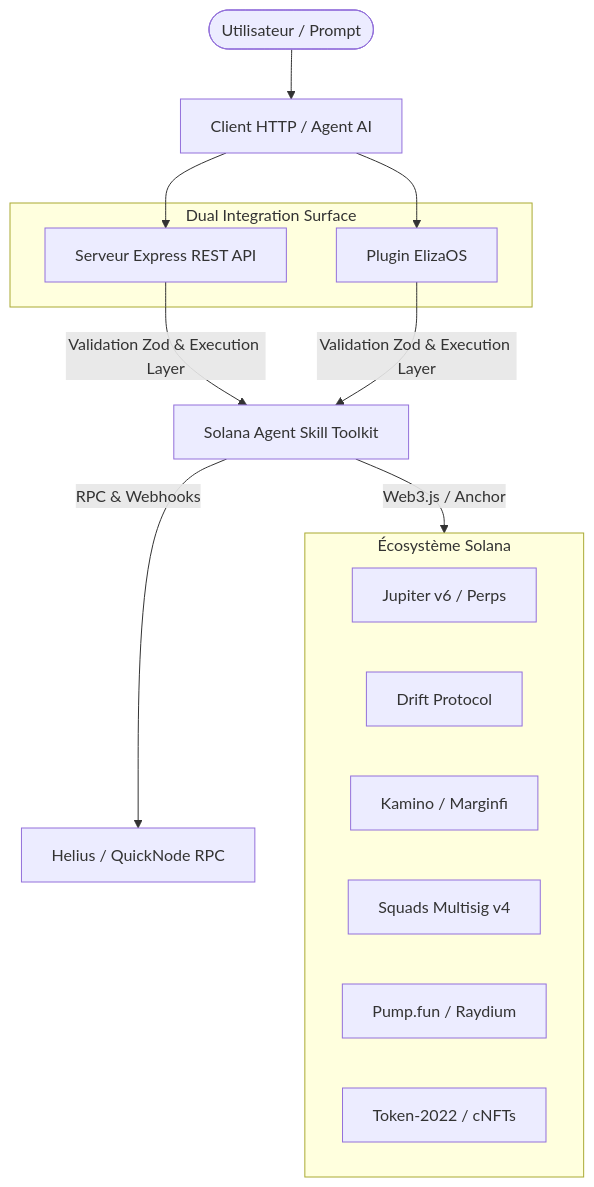
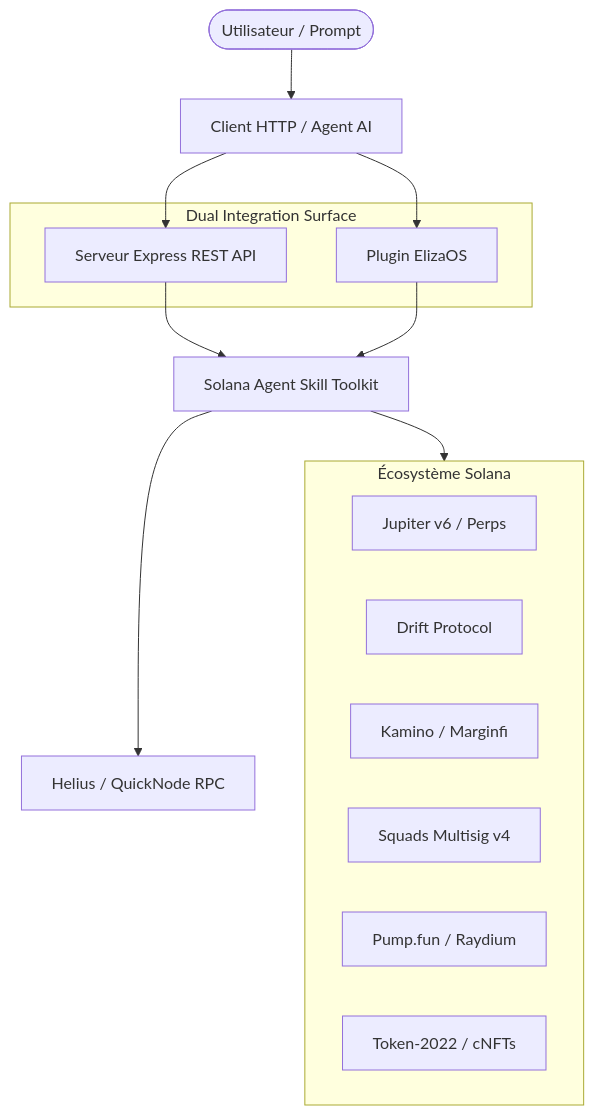
Before and after one commit to languillemax/solana-agent-skill: the diagram in README.md, drawn with Mermaid. The commit also changed other lines of this file and 1 other file, not shown here.

Commit message:
docs: separation hermetique README/SUBMISSION, annotation validate elizaos et clarification RPC

````diff
--- a/README.md
+++ b/README.md
@@ -9,20 +9,22 @@
 ```mermaid
 graph TD
     User([Utilisateur / Prompt]) --> Client[Client HTTP / Agent AI]
     subgraph Dual Surface[Dual Integration Surface]
         Express[Serveur Express REST API]
         Eliza[Plugin ElizaOS]
     end
-    Client --> Express & Eliza
-    Express & Eliza -->|Validation Zod & Execution Layer| Skill[Solana Agent Skill Toolkit]
-    Skill -->|Web3.js / Anchor| Protocols
+    Client --> Express
+    Client --> Eliza
+    Express --> Skill[Solana Agent Skill Toolkit]
+    Eliza --> Skill
+    Skill --> Protocols
     subgraph Protocols[Écosystème Solana]
         Jupiter[Jupiter v6 / Perps]
         Drift[Drift Protocol]
         Kamino[Kamino / Marginfi]
         Squads[Squads Multisig v4]
         Pump[Pump.fun / Raydium]
         Token[Token-2022 / cNFTs]
     end
-    Skill -->|RPC & Webhooks| RPC[Helius / QuickNode RPC]
+    Skill --> RPC[Helius / QuickNode RPC]
 ```
````
